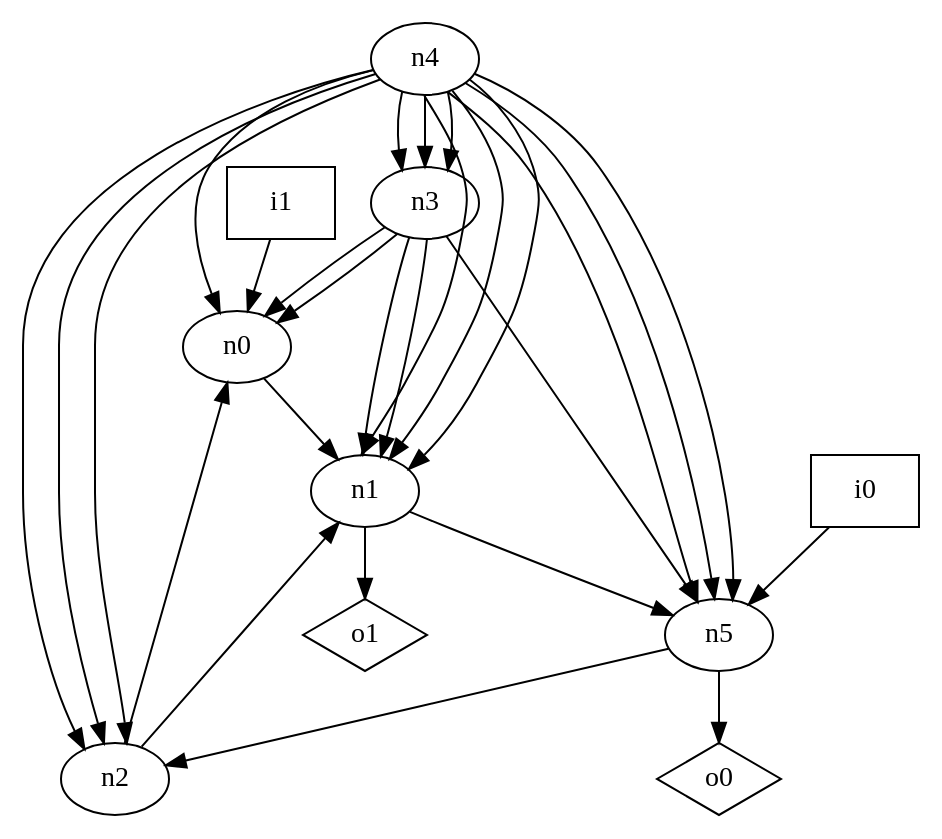
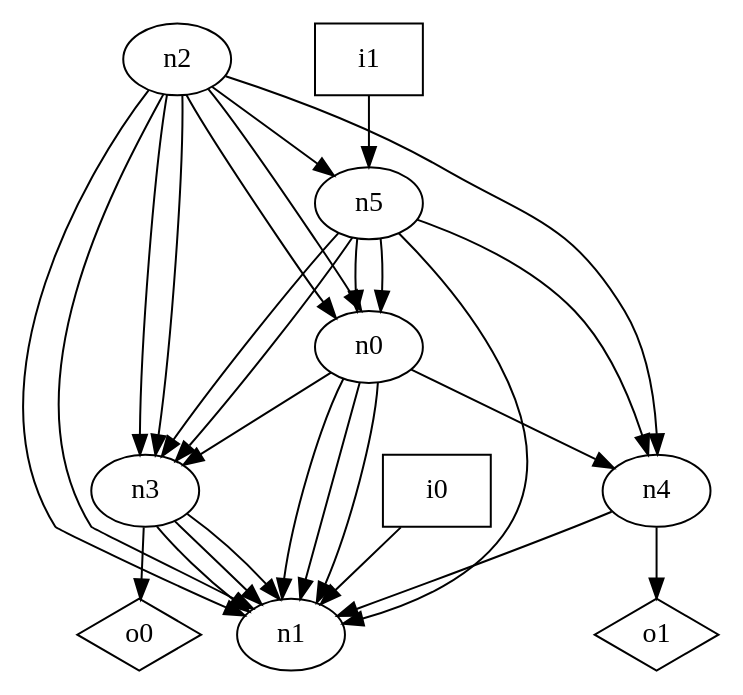
Before and after one commit to p9romain/bool-circuits: the diagram in dot_files/random_graph/oriented_graph.dot, drawn with Graphviz. The commit also changed 74 other files, not shown here.

```diff
--- a/dot_files/random_graph/oriented_graph.dot
+++ b/dot_files/random_graph/oriented_graph.dot
@@ -1,39 +1,39 @@
 digraph G {
 n0 [label="n0"];
 n1 [label="n1"];
 n2 [label="n2"];
 n3 [label="n3"];
 n4 [label="n4"];
 n5 [label="n5"];
 n6 [label="i0",shape="box"];
 n7 [label="i1",shape="box"];
 n8 [label="o0",shape="diamond"];
 n9 [label="o1",shape="diamond"];
 n0 -> n1
-n1 -> n5
-n1 -> n9
+n0 -> n1
+n0 -> n1
+n0 -> n3
+n0 -> n4
+n2 -> n0
 n2 -> n0
 n2 -> n1
-n3 -> n0
-n3 -> n0
+n2 -> n1
+n2 -> n3
+n2 -> n3
+n2 -> n4
+n2 -> n5
 n3 -> n1
 n3 -> n1
-n3 -> n5
-n4 -> n0
+n3 -> n1
+n3 -> n8
 n4 -> n1
-n4 -> n1
-n4 -> n1
-n4 -> n2
-n4 -> n2
-n4 -> n2
-n4 -> n3
-n4 -> n3
-n4 -> n3
-n4 -> n5
-n4 -> n5
-n4 -> n5
-n5 -> n2
-n5 -> n8
-n6 -> n5
-n7 -> n0
+n4 -> n9
+n5 -> n0
+n5 -> n0
+n5 -> n1
+n5 -> n3
+n5 -> n3
+n5 -> n4
+n6 -> n1
+n7 -> n5
 }
```
